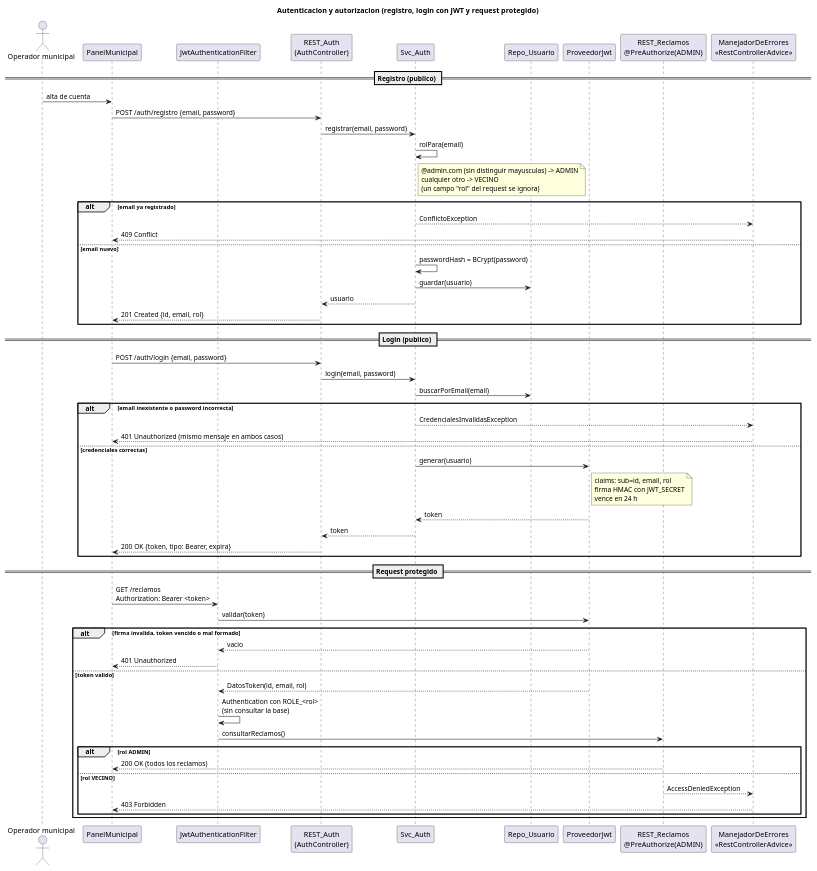
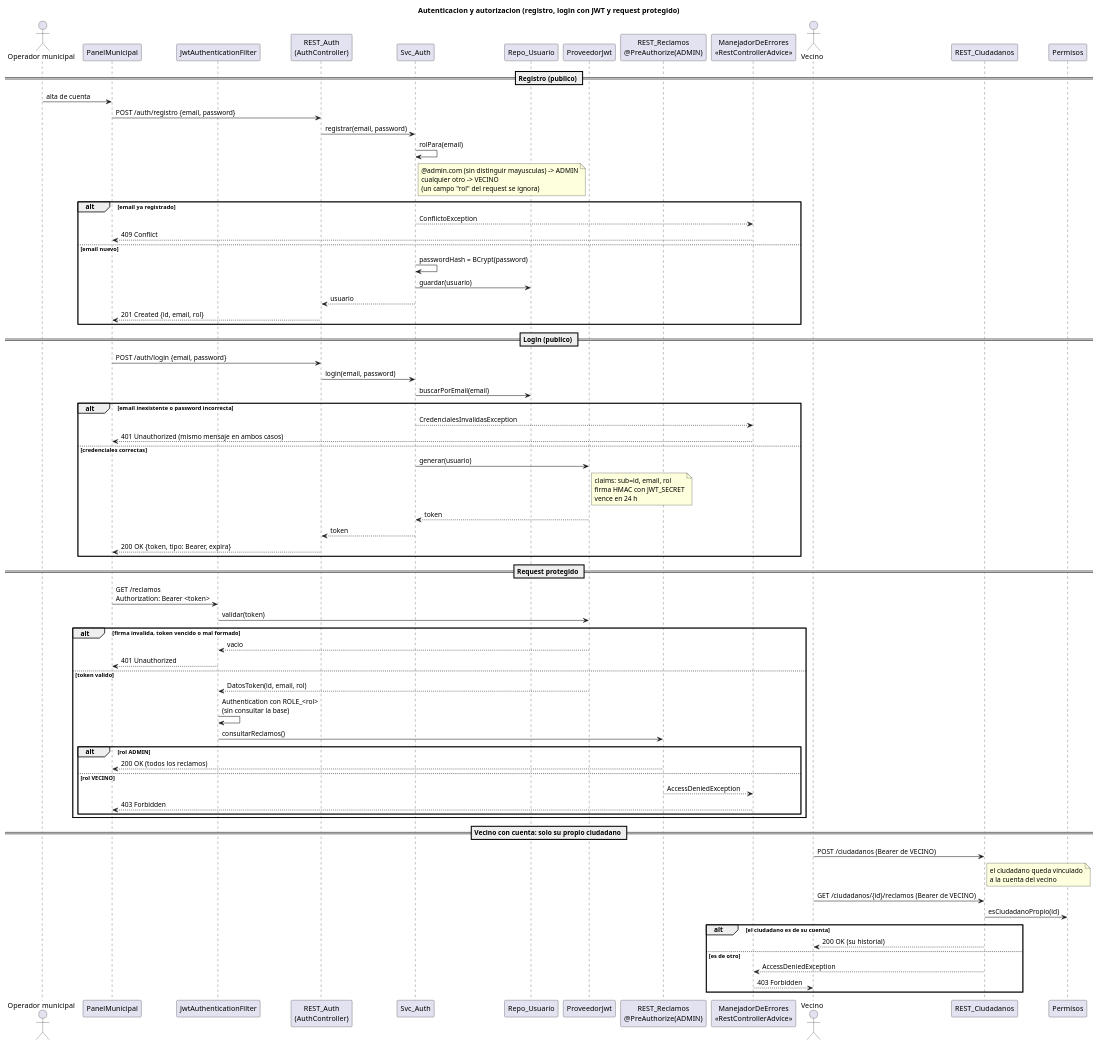
Before and after one commit to francolovera24/Backend-TicketeraMunicipal-DDA2: the diagram in docs/08_secuencia_autenticacion.puml, drawn with PlantUML. The commit also changed 13 other files, not shown here.

First line of the commit message:
Datos de ciudadanos y cuadrillas protegidos; vinculo Usuario-Ciudadano

```diff
--- a/docs/08_secuencia_autenticacion.puml
+++ b/docs/08_secuencia_autenticacion.puml
@@ -1,72 +1,89 @@
 @startuml
 title Autenticacion y autorizacion (registro, login con JWT y request protegido)
 
 actor "Operador municipal" as Operador
 participant PanelMunicipal as Panel
 participant "JwtAuthenticationFilter" as Filtro
 participant "REST_Auth\n(AuthController)" as Auth
 participant "Svc_Auth" as Svc
 participant "Repo_Usuario" as Repo
 participant "ProveedorJwt" as Jwt
 participant "REST_Reclamos\n@PreAuthorize(ADMIN)" as REST
 participant "ManejadorDeErrores\n<<RestControllerAdvice>>" as Errores
 
 == Registro (publico) ==
 
 Operador -> Panel : alta de cuenta
 Panel -> Auth : POST /auth/registro {email, password}
 Auth -> Svc : registrar(email, password)
 Svc -> Svc : rolPara(email)
 note right of Svc
   @admin.com (sin distinguir mayusculas) -> ADMIN
   cualquier otro -> VECINO
   (un campo "rol" del request se ignora)
 end note
 
 alt email ya registrado
     Svc --> Errores : ConflictoException
     Errores --> Panel : 409 Conflict
 else email nuevo
     Svc -> Svc : passwordHash = BCrypt(password)
     Svc -> Repo : guardar(usuario)
     Svc --> Auth : usuario
     Auth --> Panel : 201 Created {id, email, rol}
 end
 
 == Login (publico) ==
 
 Panel -> Auth : POST /auth/login {email, password}
 Auth -> Svc : login(email, password)
 Svc -> Repo : buscarPorEmail(email)
 
 alt email inexistente o password incorrecta
     Svc --> Errores : CredencialesInvalidasException
     Errores --> Panel : 401 Unauthorized (mismo mensaje en ambos casos)
 else credenciales correctas
     Svc -> Jwt : generar(usuario)
     note right of Jwt : claims: sub=id, email, rol\nfirma HMAC con JWT_SECRET\nvence en 24 h
     Jwt --> Svc : token
     Svc --> Auth : token
     Auth --> Panel : 200 OK {token, tipo: Bearer, expira}
 end
 
 == Request protegido ==
 
 Panel -> Filtro : GET /reclamos\nAuthorization: Bearer <token>
 Filtro -> Jwt : validar(token)
 
 alt firma invalida, token vencido o mal formado
     Jwt --> Filtro : vacio
     Filtro --> Panel : 401 Unauthorized
 else token valido
     Jwt --> Filtro : DatosToken(id, email, rol)
     Filtro -> Filtro : Authentication con ROLE_<rol>\n(sin consultar la base)
     Filtro -> REST : consultarReclamos()
     alt rol ADMIN
         REST --> Panel : 200 OK (todos los reclamos)
     else rol VECINO
         REST --> Errores : AccessDeniedException
         Errores --> Panel : 403 Forbidden
     end
 end
+
+== Vecino con cuenta: solo su propio ciudadano ==
+
+actor Vecino
+participant "REST_Ciudadanos" as RESTC
+participant "Permisos" as Permisos
+
+Vecino -> RESTC : POST /ciudadanos (Bearer de VECINO)
+note right of RESTC : el ciudadano queda vinculado\na la cuenta del vecino
+Vecino -> RESTC : GET /ciudadanos/{id}/reclamos (Bearer de VECINO)
+RESTC -> Permisos : esCiudadanoPropio(id)
+alt el ciudadano es de su cuenta
+    RESTC --> Vecino : 200 OK (su historial)
+else es de otro
+    RESTC --> Errores : AccessDeniedException
+    Errores --> Vecino : 403 Forbidden
+end
 @enduml
```
